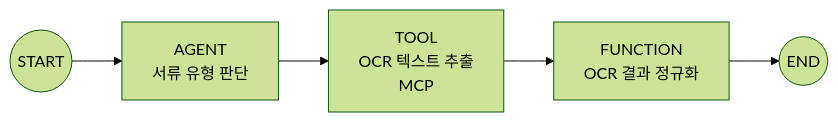
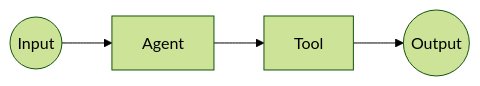
The first of 3 diagrams in docs/workbench/graph-ir.md (gttmr/Agent-Factory), drawn with Mermaid (forest theme) before and after one commit. The commit also changed other lines of this file and 611 other files, not shown here.

````diff
--- a/docs/workbench/graph-ir.md
+++ b/docs/workbench/graph-ir.md
@@ -102,10 +113,6 @@
 ```mermaid
 flowchart LR
-    S((START))
-    A["AGENT<br/>서류 유형 판단"]
-    T["TOOL<br/>OCR 텍스트 추출<br/>MCP"]
-    F["FUNCTION<br/>OCR 결과 정규화"]
-    E((END))
-
-    S --> A --> T --> F --> E
+    I((Input)) --> A[Agent]
+    A --> T[Tool]
+    T --> O((Output))
 ```
````
